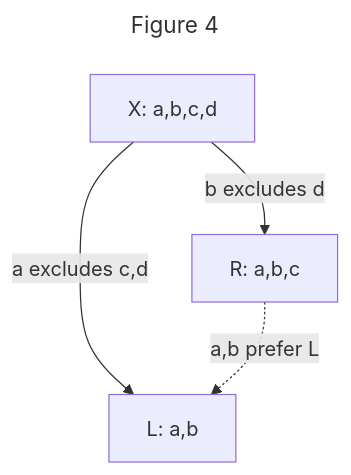
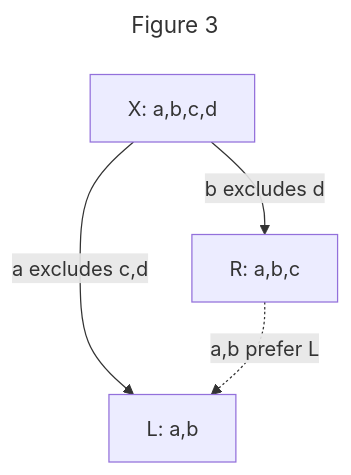
The third of 9 diagrams in README.md (ssbc/ssb-group-exclusion-spec), drawn with Mermaid before and after one commit. The commit also changed other lines of this file, not shown here.

````diff
--- a/README.md
+++ b/README.md
@@ -278,10 +259,10 @@
 ```mermaid
 ---
-title: Figure 4
+title: Figure 3
 ---
 graph TB;
   zero[X: a,b,c,d]
   zero--"a excludes c,d"-->L[L: a,b]
   zero--"b excludes d"-->R[R: a,b,c]
   R-. a,b prefer L .->L
 ```
````
